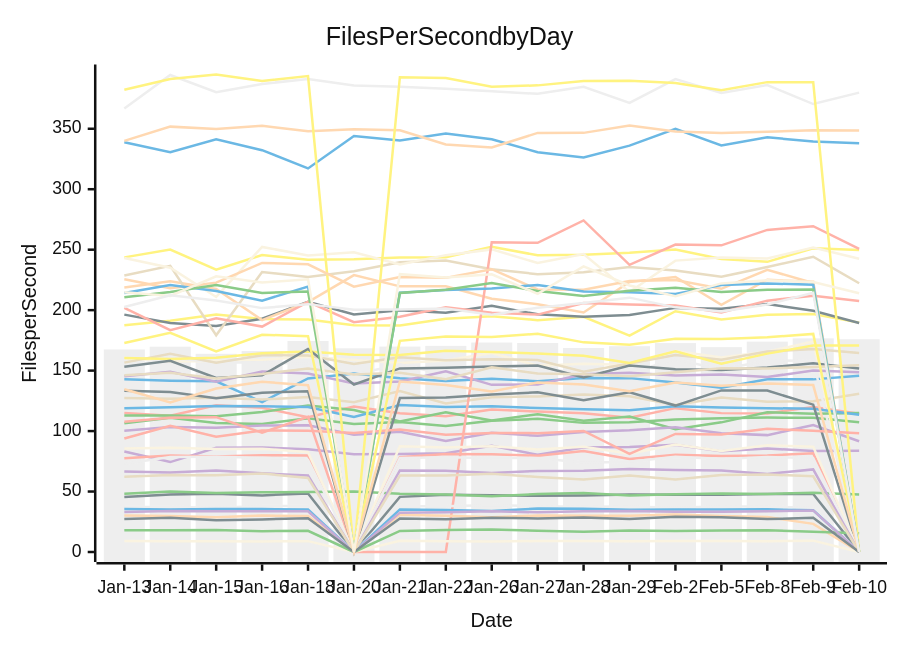
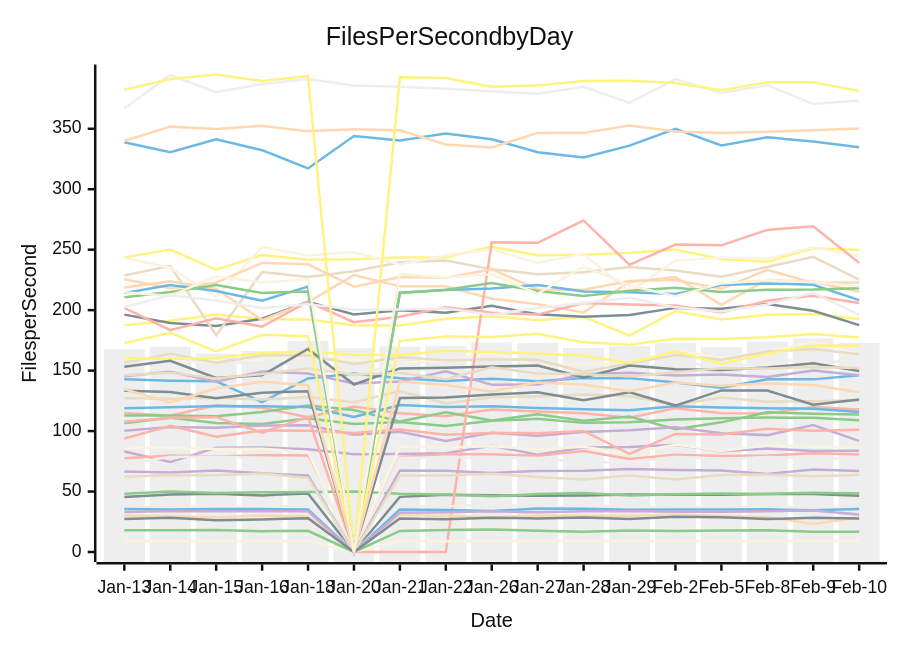
Before and after one commit to streetsidesoftware/cspell: the diagram in perf-report.md, drawn with Mermaid (neutral theme). The commit also changed other lines of this file and 1 other file, not shown here.

````diff
--- a/perf-report.md
+++ b/perf-report.md
@@ -10,57 +10,57 @@
 ```mermaid
 xychart-beta
     title Files Per Second by Day
     y-axis Files per Second
     x-axis Date [Jan-13, Jan-14, Jan-15, Jan-16, Jan-18, Jan-20, Jan-21, Jan-22, Jan-26, Jan-27, Jan-28, Jan-29, Feb-2, Feb-5, Feb-8, Feb-9, Feb-10]
-    bar [167.48, 169.75, 163.88, 166.13, 174.50, 168.43, 169.86, 170.44, 173.21, 172.82, 168.69, 170.17, 172.76, 169.39, 173.94, 176.68, 175.92]
-    line [142.76, 141.64, 141.15, 123.99, 143.49, 147.59, 143.59, 141.42, 143.21, 141.20, 143.98, 143.78, 140.14, 135.87, 142.86, 142.75, 145.78]
-    line [106.48, 111.07, 106.70, 105.83, 110.59, 105.90, 107.50, 104.30, 108.52, 110.13, 106.78, 107.20, 109.65, 110.63, 111.16, 110.94, 107.39]
-    line [83.13, 74.36, 86.16, 86.38, 84.98, 80.87, 81.08, 81.74, 87.91, 80.34, 86.50, 86.84, 88.66, 83.22, 85.59, 83.52, 83.65]
-    line [127.26, 126.67, 127.57, 126.01, 128.09, 123.93, 133.11, 122.76, 127.88, 128.69, 130.23, 128.77, 121.54, 127.82, 124.27, 124.62, 130.92]
-    line [114.87, 112.73, 121.37, 119.21, 111.41, 120.28, 114.69, 112.28, 117.78, 116.14, 114.78, 110.96, 118.96, 114.84, 114.56, 119.99, 114.32]
-    line [187.54, 191.28, 196.46, 192.64, 192.25, 187.45, 187.38, 192.87, 195.04, 191.69, 194.48, 178.97, 199.11, 192.32, 196.15, 196.80, 189.67]
-    line [196.30, 189.40, 186.97, 192.92, 206.92, 196.43, 199.84, 197.78, 203.69, 196.52, 194.52, 195.98, 201.87, 201.12, 204.97, 199.43, 189.43]
-    line [218.81, 223.94, 217.59, 191.78, 206.70, 229.01, 219.68, 219.77, 209.49, 204.94, 198.04, 223.32, 227.45, 204.37, 225.14, 223.42, 0.00]
-    line [160.36, 157.59, 157.97, 159.04, 161.40, 158.69, 156.26, 158.43, 164.60, 154.09, 155.59, 154.71, 166.16, 160.94, 165.57, 174.04, 0.00]
-    line [152.68, 160.69, 156.79, 156.81, 155.73, 146.52, 155.23, 146.60, 152.95, 153.44, 146.68, 148.04, 159.34, 150.93, 158.41, 157.97, 0.00]
-    line [338.80, 330.51, 341.37, 332.29, 317.17, 344.00, 340.27, 346.07, 341.26, 330.59, 326.24, 336.05, 350.02, 336.18, 342.95, 339.36, 338.01]
-    line [112.95, 112.89, 112.17, 115.75, 121.13, 117.45, 107.89, 115.63, 108.80, 113.98, 108.63, 112.03, 101.57, 107.21, 115.59, 114.29, 114.92]
-    line [145.30, 149.05, 140.78, 149.26, 147.65, 139.36, 140.95, 149.41, 138.21, 138.55, 146.90, 148.25, 146.04, 146.87, 144.71, 150.09, 148.55]
-    line [228.64, 236.61, 179.24, 231.58, 227.41, 232.25, 239.53, 241.09, 233.83, 229.73, 231.27, 235.75, 232.76, 227.56, 235.60, 244.14, 222.23]
-    line [201.84, 183.49, 193.18, 186.41, 206.76, 190.09, 194.48, 202.39, 197.93, 196.32, 205.82, 204.70, 203.85, 198.04, 207.86, 211.91, 207.60]
-    line [243.64, 250.04, 233.42, 245.62, 241.64, 242.10, 243.52, 243.78, 252.46, 245.33, 245.88, 247.56, 250.17, 242.23, 239.94, 251.24, 249.64]
-    line [45.48, 47.52, 48.15, 46.82, 48.44, 0.00, 45.59, 47.24, 46.87, 46.43, 46.80, 47.45, 47.29, 47.35, 47.86, 48.05, 0.00]
-    line [339.94, 351.75, 349.84, 352.46, 347.95, 349.61, 348.67, 336.98, 334.45, 346.57, 346.60, 352.58, 347.78, 346.57, 347.57, 348.75, 348.58]
-    line [243.18, 235.07, 210.91, 252.26, 245.25, 247.79, 237.71, 245.48, 250.24, 239.03, 246.34, 215.04, 240.95, 243.60, 242.70, 251.69, 242.52]
-    line [366.78, 394.48, 380.24, 387.08, 391.19, 385.76, 384.74, 382.99, 381.11, 378.87, 384.64, 371.32, 391.09, 379.53, 386.07, 370.43, 379.86]
-    line [118.82, 119.70, 120.72, 120.60, 119.83, 111.61, 121.49, 119.94, 120.57, 119.01, 117.99, 117.30, 120.43, 119.43, 118.96, 118.43, 113.56]
-    line [48.15, 49.96, 48.86, 49.35, 49.61, 49.98, 48.14, 47.57, 46.02, 47.96, 48.80, 46.78, 47.79, 48.42, 47.97, 48.95, 47.50]
-    line [100.22, 103.42, 102.77, 104.55, 104.84, 96.90, 99.42, 91.88, 98.65, 96.11, 99.25, 100.66, 103.18, 98.24, 96.65, 104.96, 91.61]
-    line [156.59, 163.92, 156.50, 162.70, 162.52, 155.39, 161.05, 158.62, 159.47, 158.84, 149.03, 155.81, 162.82, 158.93, 165.88, 167.89, 164.62]
-    line [107.78, 110.93, 111.50, 98.69, 111.74, 0.00, 0.00, 0.00, 256.11, 255.68, 274.20, 237.51, 254.20, 253.57, 266.34, 269.39, 250.66]
-    line [160.33, 159.51, 160.62, 164.27, 165.83, 163.17, 162.82, 166.39, 165.48, 164.06, 162.34, 156.27, 166.07, 155.61, 164.06, 170.66, 170.77]
-    line [153.24, 158.05, 143.97, 146.11, 167.84, 138.47, 151.83, 152.31, 153.48, 154.19, 144.39, 154.19, 151.10, 150.58, 152.48, 156.02, 151.70]
-    line [30.13, 29.74, 28.69, 30.19, 29.74, 0.00, 30.87, 30.00, 28.70, 30.12, 29.90, 29.99, 31.08, 29.80, 28.87, 23.26, 0.00]
-    line [9.09, 8.82, 8.93, 8.76, 8.99, 0.00, 9.21, 8.99, 8.69, 9.06, 9.17, 8.90, 9.14, 9.10, 8.87, 9.39, 0.00]
-    line [37.19, 37.15, 36.65, 38.13, 37.95, 0.00, 37.76, 37.89, 38.81, 37.93, 37.35, 37.58, 36.65, 37.87, 37.52, 36.62, 0.00]
-    line [35.46, 35.24, 35.59, 35.58, 35.07, 0.00, 35.24, 34.68, 33.94, 35.92, 35.70, 34.97, 35.24, 35.24, 35.29, 34.51, 0.00]
-    line [18.04, 18.04, 18.22, 17.23, 17.55, 0.00, 17.39, 18.17, 18.55, 17.57, 16.82, 17.76, 17.39, 17.79, 18.01, 16.74, 15.49]
-    line [33.01, 34.00, 33.70, 33.67, 33.62, 0.00, 32.53, 32.97, 33.70, 32.82, 33.62, 33.93, 33.23, 33.25, 33.77, 34.38, 0.00]
-    line [146.13, 148.32, 143.55, 147.19, 151.83, 146.83, 148.17, 142.81, 152.72, 147.54, 147.09, 145.41, 148.70, 151.93, 151.71, 152.93, 154.34]
-    line [77.54, 79.76, 78.94, 80.05, 79.79, 0.00, 78.41, 81.03, 80.80, 79.69, 83.58, 77.01, 80.34, 79.32, 79.86, 81.63, 0.00]
-    line [382.18, 391.17, 394.86, 389.55, 393.53, 0.00, 392.61, 391.87, 384.72, 385.87, 389.43, 389.76, 387.86, 381.95, 388.55, 388.50, 0.00]
-    line [133.26, 132.31, 127.23, 131.76, 132.93, 0.00, 127.27, 127.81, 130.32, 132.03, 125.54, 132.09, 121.09, 133.64, 133.48, 121.84, 0.00]
-    line [225.53, 218.14, 222.73, 239.07, 237.86, 219.38, 227.33, 226.70, 233.87, 217.12, 216.93, 224.01, 224.86, 217.64, 233.33, 222.49, 0.00]
-    line [85.54, 86.15, 85.12, 85.43, 82.51, 0.00, 87.43, 86.48, 87.49, 84.71, 86.94, 81.29, 88.85, 83.51, 88.25, 87.06, 0.00]
-    line [72.97, 78.65, 78.72, 77.98, 76.03, 0.00, 77.82, 78.41, 77.74, 77.78, 73.82, 74.60, 78.73, 76.88, 78.62, 77.47, 0.00]
-    line [214.18, 220.74, 215.80, 207.87, 219.52, 0.00, 214.36, 216.75, 217.84, 220.87, 215.44, 214.77, 213.40, 220.70, 222.08, 221.01, 0.00]
-    line [210.61, 215.07, 220.69, 214.26, 215.48, 0.00, 214.23, 216.83, 222.41, 215.81, 211.64, 216.10, 218.52, 215.06, 216.88, 216.99, 0.00]
-    line [66.66, 65.78, 67.40, 65.04, 63.23, 0.00, 67.48, 67.27, 65.41, 67.07, 67.22, 68.71, 67.83, 67.42, 64.50, 68.29, 0.00]
-    line [62.15, 63.63, 63.52, 64.93, 61.26, 0.00, 63.19, 63.24, 64.72, 62.00, 60.00, 63.28, 59.94, 63.60, 64.06, 62.64, 0.00]
-    line [93.83, 104.36, 95.41, 100.49, 100.17, 98.43, 101.26, 97.05, 98.45, 98.30, 100.11, 81.16, 97.62, 97.16, 101.86, 100.35, 98.22]
-    line [172.87, 181.24, 165.83, 179.67, 178.49, 0.00, 174.64, 178.29, 177.69, 180.46, 173.36, 171.47, 176.27, 176.08, 177.50, 180.37, 0.00]
-    line [27.25, 28.25, 26.29, 26.94, 27.92, 0.00, 27.74, 27.10, 28.41, 27.77, 28.43, 27.26, 29.20, 28.78, 27.22, 28.25, 0.00]
-    line [134.58, 123.64, 135.23, 140.79, 137.86, 0.00, 141.02, 138.02, 132.73, 140.24, 138.48, 133.03, 140.20, 137.55, 139.32, 138.06, 0.00]
-    line [214.77, 211.68, 227.93, 222.84, 225.57, 0.00, 229.76, 226.99, 229.64, 213.50, 236.23, 220.41, 211.45, 222.13, 224.72, 223.26, 213.93]
-    line [202.65, 212.27, 207.96, 201.68, 204.97, 200.41, 200.50, 201.35, 196.11, 202.03, 205.84, 210.33, 202.30, 198.84, 204.68, 214.35, 0.00]
+    bar [167.48, 169.75, 163.88, 166.13, 174.50, 168.43, 169.86, 170.44, 173.21, 172.82, 168.69, 170.17, 172.76, 169.39, 173.94, 176.68, 172.85]
+    line [142.76, 141.64, 141.15, 123.99, 143.49, 147.59, 143.59, 141.42, 143.21, 141.20, 143.98, 143.78, 140.14, 135.87, 142.86, 142.75, 146.09]
+    line [106.48, 111.07, 106.70, 105.83, 110.59, 105.90, 107.50, 104.30, 108.52, 110.13, 106.78, 107.20, 109.65, 110.63, 111.16, 110.94, 108.95]
+    line [83.13, 74.36, 86.16, 86.38, 84.98, 80.87, 81.08, 81.74, 87.91, 80.34, 86.50, 86.84, 88.66, 83.22, 85.59, 83.52, 83.74]
+    line [127.26, 126.67, 127.57, 126.01, 128.09, 123.93, 133.11, 122.76, 127.88, 128.69, 130.23, 128.77, 121.54, 127.82, 124.27, 124.62, 125.46]
+    line [114.87, 112.73, 121.37, 119.21, 111.41, 120.28, 114.69, 112.28, 117.78, 116.14, 114.78, 110.96, 118.96, 114.84, 114.56, 119.99, 117.82]
+    line [187.54, 191.28, 196.46, 192.64, 192.25, 187.45, 187.38, 192.87, 195.04, 191.69, 194.48, 178.97, 199.11, 192.32, 196.15, 196.80, 192.77]
+    line [196.30, 189.40, 186.97, 192.92, 206.92, 196.43, 199.84, 197.78, 203.69, 196.52, 194.52, 195.98, 201.87, 201.12, 204.97, 199.43, 187.58]
+    line [218.81, 223.94, 217.59, 191.78, 206.70, 229.01, 219.68, 219.77, 209.49, 204.94, 198.04, 223.32, 227.45, 204.37, 225.14, 223.42, 215.16]
+    line [160.36, 157.59, 157.97, 159.04, 161.40, 158.69, 156.26, 158.43, 164.60, 154.09, 155.59, 154.71, 166.16, 160.94, 165.57, 174.04, 163.84]
+    line [152.68, 160.69, 156.79, 156.81, 155.73, 146.52, 155.23, 146.60, 152.95, 153.44, 146.68, 148.04, 159.34, 150.93, 158.41, 157.97, 156.97]
+    line [338.80, 330.51, 341.37, 332.29, 317.17, 344.00, 340.27, 346.07, 341.26, 330.59, 326.24, 336.05, 350.02, 336.18, 342.95, 339.36, 334.78]
+    line [112.95, 112.89, 112.17, 115.75, 121.13, 117.45, 107.89, 115.63, 108.80, 113.98, 108.63, 112.03, 101.57, 107.21, 115.59, 114.29, 113.75]
+    line [145.30, 149.05, 140.78, 149.26, 147.65, 139.36, 140.95, 149.41, 138.21, 138.55, 146.90, 148.25, 146.04, 146.87, 144.71, 150.09, 146.20]
+    line [228.64, 236.61, 179.24, 231.58, 227.41, 232.25, 239.53, 241.09, 233.83, 229.73, 231.27, 235.75, 232.76, 227.56, 235.60, 244.14, 225.22]
+    line [201.84, 183.49, 193.18, 186.41, 206.76, 190.09, 194.48, 202.39, 197.93, 196.32, 205.82, 204.70, 203.85, 198.04, 207.86, 211.91, 205.85]
+    line [243.64, 250.04, 233.42, 245.62, 241.64, 242.10, 243.52, 243.78, 252.46, 245.33, 245.88, 247.56, 250.17, 242.23, 239.94, 251.24, 249.65]
+    line [45.48, 47.52, 48.15, 46.82, 48.44, 0.00, 45.59, 47.24, 46.87, 46.43, 46.80, 47.45, 47.29, 47.35, 47.86, 48.05, 46.47]
+    line [339.94, 351.75, 349.84, 352.46, 347.95, 349.61, 348.67, 336.98, 334.45, 346.57, 346.60, 352.58, 347.78, 346.57, 347.57, 348.75, 350.22]
+    line [243.18, 235.07, 210.91, 252.26, 245.25, 247.79, 237.71, 245.48, 250.24, 239.03, 246.34, 215.04, 240.95, 243.60, 242.70, 251.69, 244.79]
+    line [366.78, 394.48, 380.24, 387.08, 391.19, 385.76, 384.74, 382.99, 381.11, 378.87, 384.64, 371.32, 391.09, 379.53, 386.07, 370.43, 373.34]
+    line [118.82, 119.70, 120.72, 120.60, 119.83, 111.61, 121.49, 119.94, 120.57, 119.01, 117.99, 117.30, 120.43, 119.43, 118.96, 118.43, 115.78]
+    line [48.15, 49.96, 48.86, 49.35, 49.61, 49.98, 48.14, 47.57, 46.02, 47.96, 48.80, 46.78, 47.79, 48.42, 47.97, 48.95, 48.40]
+    line [100.22, 103.42, 102.77, 104.55, 104.84, 96.90, 99.42, 91.88, 98.65, 96.11, 99.25, 100.66, 103.18, 98.24, 96.65, 104.96, 91.92]
+    line [156.59, 163.92, 156.50, 162.70, 162.52, 155.39, 161.05, 158.62, 159.47, 158.84, 149.03, 155.81, 162.82, 158.93, 165.88, 167.89, 163.50]
+    line [107.78, 110.93, 111.50, 98.69, 111.74, 0.00, 0.00, 0.00, 256.11, 255.68, 274.20, 237.51, 254.20, 253.57, 266.34, 269.39, 239.07]
+    line [160.33, 159.51, 160.62, 164.27, 165.83, 163.17, 162.82, 166.39, 165.48, 164.06, 162.34, 156.27, 166.07, 155.61, 164.06, 170.66, 170.49]
+    line [153.24, 158.05, 143.97, 146.11, 167.84, 138.47, 151.83, 152.31, 153.48, 154.19, 144.39, 154.19, 151.10, 150.58, 152.48, 156.02, 149.62]
+    line [30.13, 29.74, 28.69, 30.19, 29.74, 0.00, 30.87, 30.00, 28.70, 30.12, 29.90, 29.99, 31.08, 29.80, 28.87, 23.26, 28.69]
+    line [9.09, 8.82, 8.93, 8.76, 8.99, 0.00, 9.21, 8.99, 8.69, 9.06, 9.17, 8.90, 9.14, 9.10, 8.87, 9.39, 9.15]
+    line [37.19, 37.15, 36.65, 38.13, 37.95, 0.00, 37.76, 37.89, 38.81, 37.93, 37.35, 37.58, 36.65, 37.87, 37.52, 36.62, 36.62]
+    line [35.46, 35.24, 35.59, 35.58, 35.07, 0.00, 35.24, 34.68, 33.94, 35.92, 35.70, 34.97, 35.24, 35.24, 35.29, 34.51, 35.47]
+    line [18.04, 18.04, 18.22, 17.23, 17.55, 0.00, 17.39, 18.17, 18.55, 17.57, 16.82, 17.76, 17.39, 17.79, 18.01, 16.74, 16.69]
+    line [33.01, 34.00, 33.70, 33.67, 33.62, 0.00, 32.53, 32.97, 33.70, 32.82, 33.62, 33.93, 33.23, 33.25, 33.77, 34.38, 30.92]
+    line [146.13, 148.32, 143.55, 147.19, 151.83, 146.83, 148.17, 142.81, 152.72, 147.54, 147.09, 145.41, 148.70, 151.93, 151.71, 152.93, 152.16]
+    line [77.54, 79.76, 78.94, 80.05, 79.79, 0.00, 78.41, 81.03, 80.80, 79.69, 83.58, 77.01, 80.34, 79.32, 79.86, 81.63, 80.72]
+    line [382.18, 391.17, 394.86, 389.55, 393.53, 0.00, 392.61, 391.87, 384.72, 385.87, 389.43, 389.76, 387.86, 381.95, 388.55, 388.50, 381.25]
+    line [133.26, 132.31, 127.23, 131.76, 132.93, 0.00, 127.27, 127.81, 130.32, 132.03, 125.54, 132.09, 121.09, 133.64, 133.48, 121.84, 126.19]
+    line [225.53, 218.14, 222.73, 239.07, 237.86, 219.38, 227.33, 226.70, 233.87, 217.12, 216.93, 224.01, 224.86, 217.64, 233.33, 222.49, 222.85]
+    line [85.54, 86.15, 85.12, 85.43, 82.51, 0.00, 87.43, 86.48, 87.49, 84.71, 86.94, 81.29, 88.85, 83.51, 88.25, 87.06, 86.47]
+    line [72.97, 78.65, 78.72, 77.98, 76.03, 0.00, 77.82, 78.41, 77.74, 77.78, 73.82, 74.60, 78.73, 76.88, 78.62, 77.47, 77.05]
+    line [214.18, 220.74, 215.80, 207.87, 219.52, 0.00, 214.36, 216.75, 217.84, 220.87, 215.44, 214.77, 213.40, 220.70, 222.08, 221.01, 208.29]
+    line [210.61, 215.07, 220.69, 214.26, 215.48, 0.00, 214.23, 216.83, 222.41, 215.81, 211.64, 216.10, 218.52, 215.06, 216.88, 216.99, 218.11]
+    line [66.66, 65.78, 67.40, 65.04, 63.23, 0.00, 67.48, 67.27, 65.41, 67.07, 67.22, 68.71, 67.83, 67.42, 64.50, 68.29, 66.95]
+    line [62.15, 63.63, 63.52, 64.93, 61.26, 0.00, 63.19, 63.24, 64.72, 62.00, 60.00, 63.28, 59.94, 63.60, 64.06, 62.64, 63.65]
+    line [93.83, 104.36, 95.41, 100.49, 100.17, 98.43, 101.26, 97.05, 98.45, 98.30, 100.11, 81.16, 97.62, 97.16, 101.86, 100.35, 101.13]
+    line [172.87, 181.24, 165.83, 179.67, 178.49, 0.00, 174.64, 178.29, 177.69, 180.46, 173.36, 171.47, 176.27, 176.08, 177.50, 180.37, 177.36]
+    line [27.25, 28.25, 26.29, 26.94, 27.92, 0.00, 27.74, 27.10, 28.41, 27.77, 28.43, 27.26, 29.20, 28.78, 27.22, 28.25, 27.63]
+    line [134.58, 123.64, 135.23, 140.79, 137.86, 0.00, 141.02, 138.02, 132.73, 140.24, 138.48, 133.03, 140.20, 137.55, 139.32, 138.06, 132.12]
+    line [214.77, 211.68, 227.93, 222.84, 225.57, 0.00, 229.76, 226.99, 229.64, 213.50, 236.23, 220.41, 211.45, 222.13, 224.72, 223.26, 219.78]
+    line [202.65, 212.27, 207.96, 201.68, 204.97, 200.41, 200.50, 201.35, 196.11, 202.03, 205.84, 210.33, 202.30, 198.84, 204.68, 214.35, 196.05]
 ```
````
